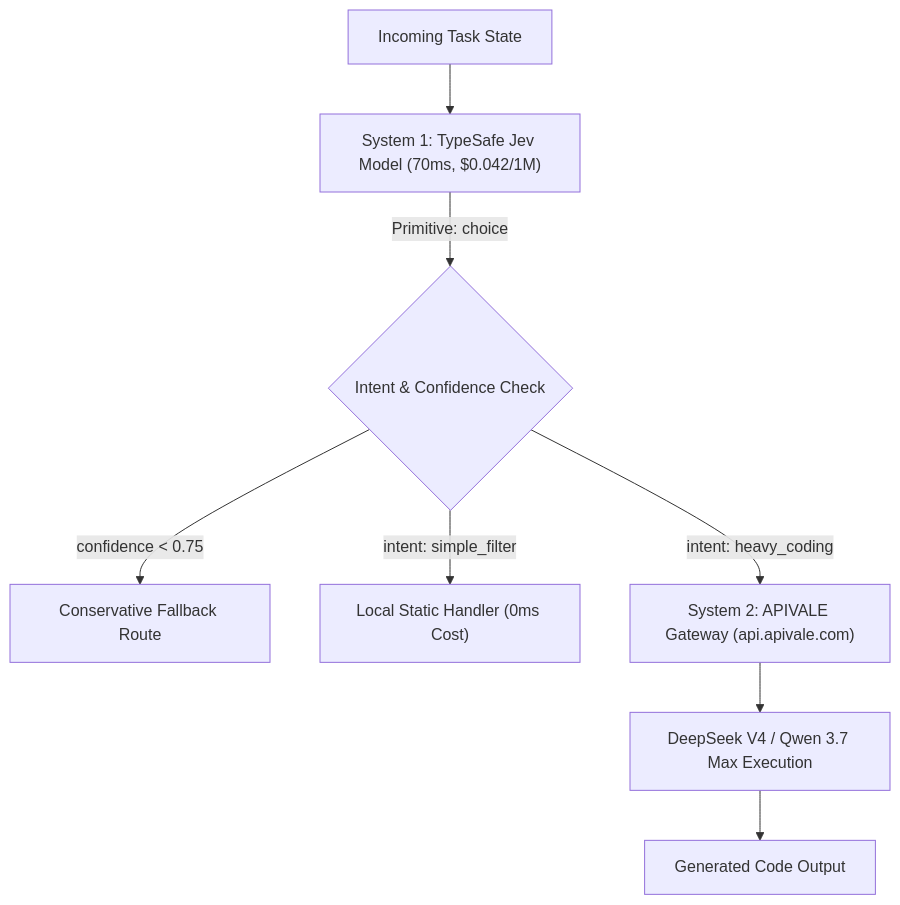
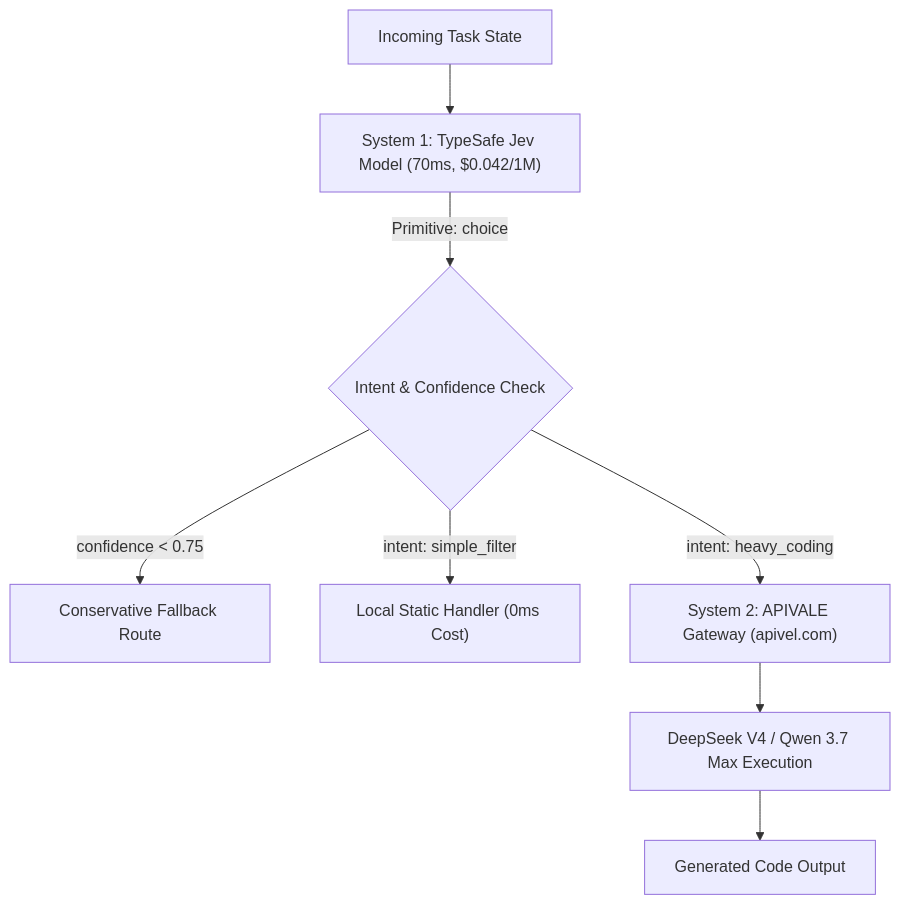
One commit to bshx2024/apivel_blog changed the diagram in src/content/blog/typesafe-jev-ai-model-deepseek-v4-guide.md. Above: the diagram before and after it, drawn with Mermaid. The commit also changed other lines of this file and 77 other files, not shown here.

Commit message:
fix(docs): update all model API base URLs to https://apivel.com/v1

````diff
--- a/src/content/blog/typesafe-jev-ai-model-deepseek-v4-guide.md
+++ b/src/content/blog/typesafe-jev-ai-model-deepseek-v4-guide.md
@@ -127,10 +127,10 @@
 ```mermaid
 flowchart TD
     A["Incoming Task State"] --> B["System 1: TypeSafe Jev Model (70ms, $0.042/1M)"]
     B -->|Primitive: choice| C{"Intent & Confidence Check"}
     C -->|confidence < 0.75| D["Conservative Fallback Route"]
     C -->|intent: simple_filter| E["Local Static Handler (0ms Cost)"]
-    C -->|intent: heavy_coding| F["System 2: APIVALE Gateway (api.apivale.com)"]
+    C -->|intent: heavy_coding| F["System 2: APIVALE Gateway (apivel.com)"]
     F --> G["DeepSeek V4 / Qwen 3.7 Max Execution"]
     G --> H["Generated Code Output"]
 ```
````
